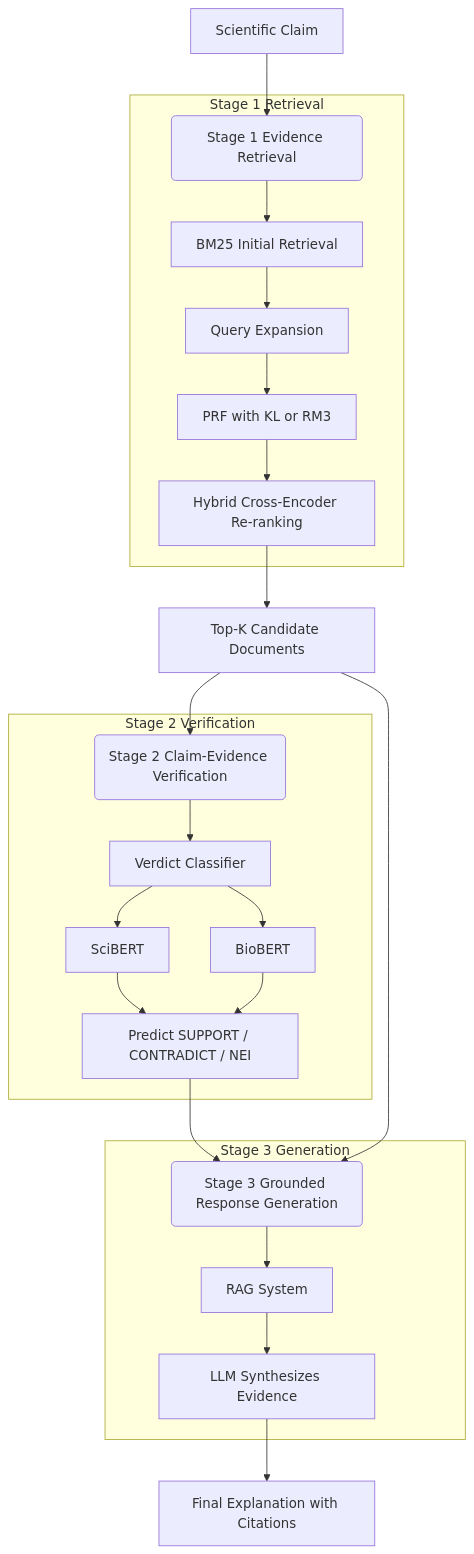
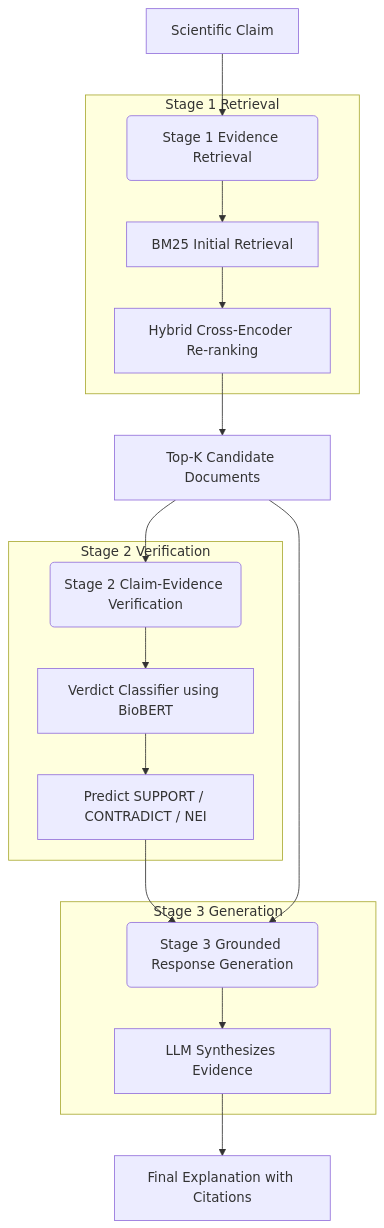
Before and after one commit to AnarvaKamdar1/SciVerify-Scientific-Claim-Verification-using-RAG: the diagram in README.md, drawn with Mermaid.

````diff
--- a/README.md
+++ b/README.md
@@ -36,33 +36,27 @@
 ```mermaid
 graph TD
     A[Scientific Claim] --> B(Stage 1 Evidence Retrieval)
     
     subgraph Stage 1 Retrieval
         B --> C[BM25 Initial Retrieval]
-        C --> D[Query Expansion]
-        D --> E[PRF with KL or RM3]
-        E --> F[Hybrid Cross-Encoder Re-ranking]
+        C --> F[Hybrid Cross-Encoder Re-ranking]
     end
     
     F --> G[Top-K Candidate Documents]
     
     G --> H(Stage 2 Claim-Evidence Verification)
     
     subgraph Stage 2 Verification
-        H --> I[Verdict Classifier]
-        I --> J[SciBERT]
-        I --> K[BioBERT]
-        J --> L[Predict SUPPORT / CONTRADICT / NEI]
-        K --> L
+        H --> I[Verdict Classifier using BioBERT]
+        I --> L[Predict SUPPORT / CONTRADICT / NEI]
     end
     
     L --> M(Stage 3 Grounded Response Generation)
     G --> M
     
     subgraph Stage 3 Generation
-        M --> N[RAG System]
-        N --> O[LLM Synthesizes Evidence]
+        M --> O[LLM Synthesizes Evidence]
     end
     
     O --> P[Final Explanation with Citations]
 ```
````
